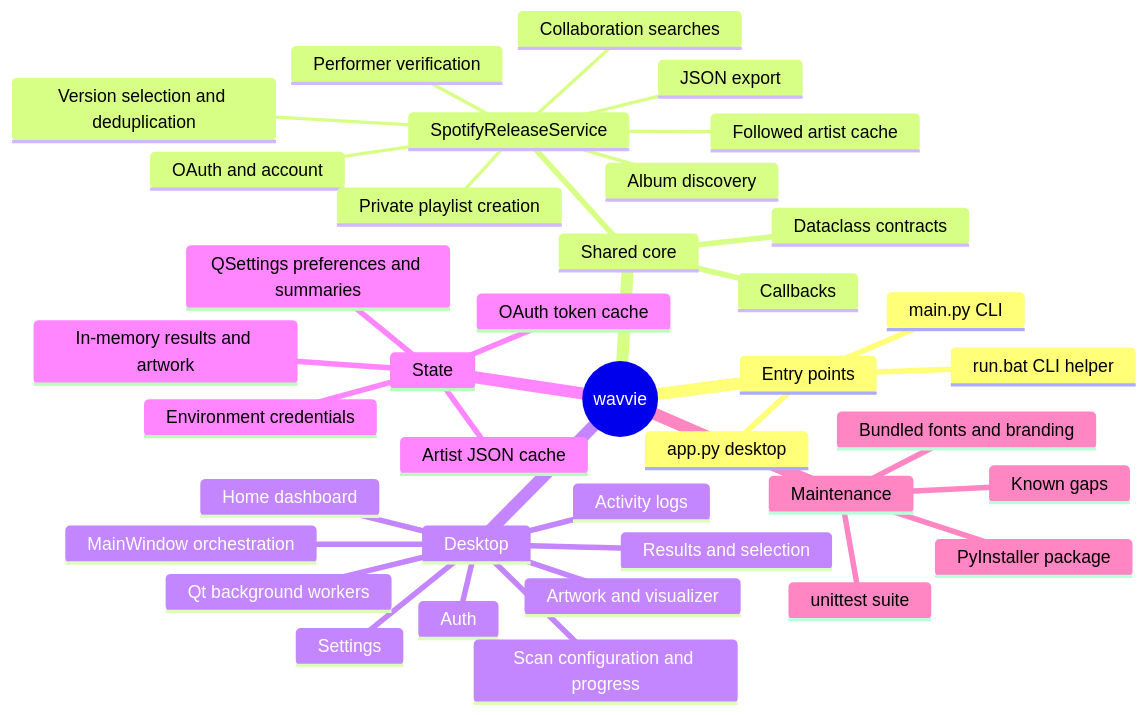
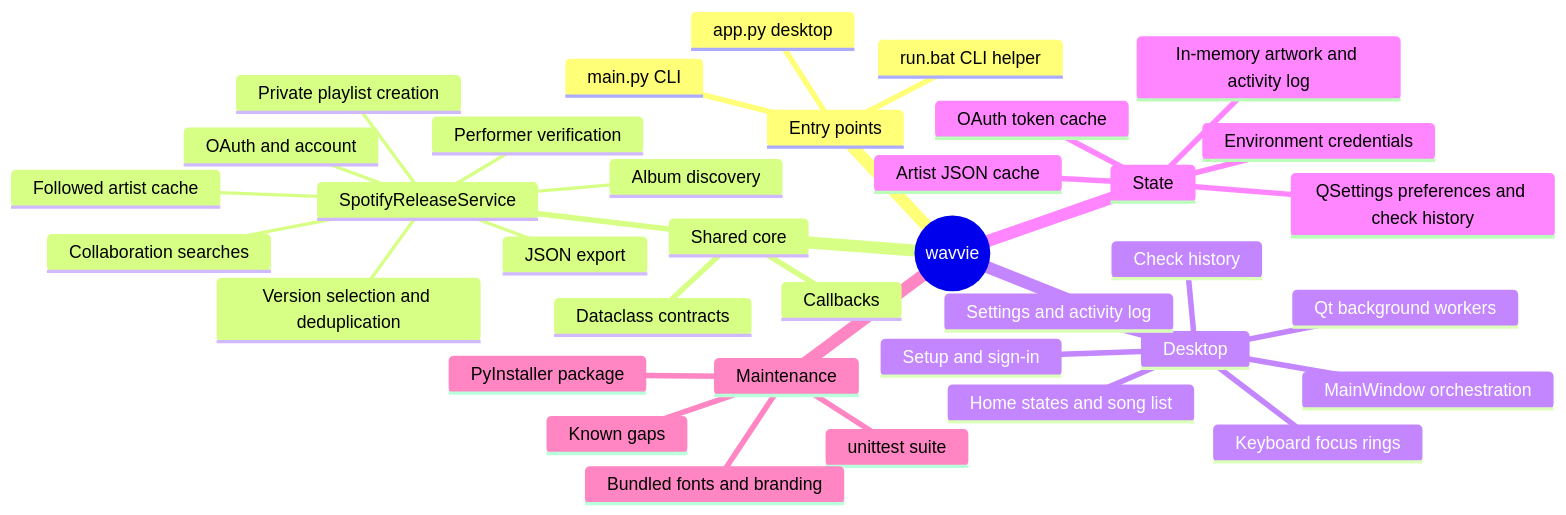
One commit to astytimestwo/wavvie-spotify-engine changed the first of 2 diagrams in mindmap.md. Above: the diagram before and after it, drawn with Mermaid. The commit also changed other lines of this file and 17 other files, not shown here.

````diff
--- a/mindmap.md
+++ b/mindmap.md
@@ -9,41 +9,39 @@
 ```mermaid
 mindmap
   root((wavvie))
     Entry points
       app.py desktop
       main.py CLI
       run.bat CLI helper
     Shared core
       SpotifyReleaseService
         OAuth and account
         Followed artist cache
         Album discovery
         Collaboration searches
         Performer verification
         Version selection and deduplication
         JSON export
         Private playlist creation
       Dataclass contracts
       Callbacks
     Desktop
       MainWindow orchestration
       Qt background workers
-      Auth
-      Home dashboard
-      Scan configuration and progress
-      Results and selection
-      Activity logs
-      Settings
-      Artwork and visualizer
+      Setup and sign-in
+      Home states and song list
+      Check history
+      Settings and activity log
+      Keyboard focus rings
     State
       Environment credentials
       OAuth token cache
       Artist JSON cache
-      QSettings preferences and summaries
-      In-memory results and artwork
+      QSettings preferences and check history
+      In-memory artwork and activity log
     Maintenance
       unittest suite
       PyInstaller package
       Bundled fonts and branding
       Known gaps
 ```
````
